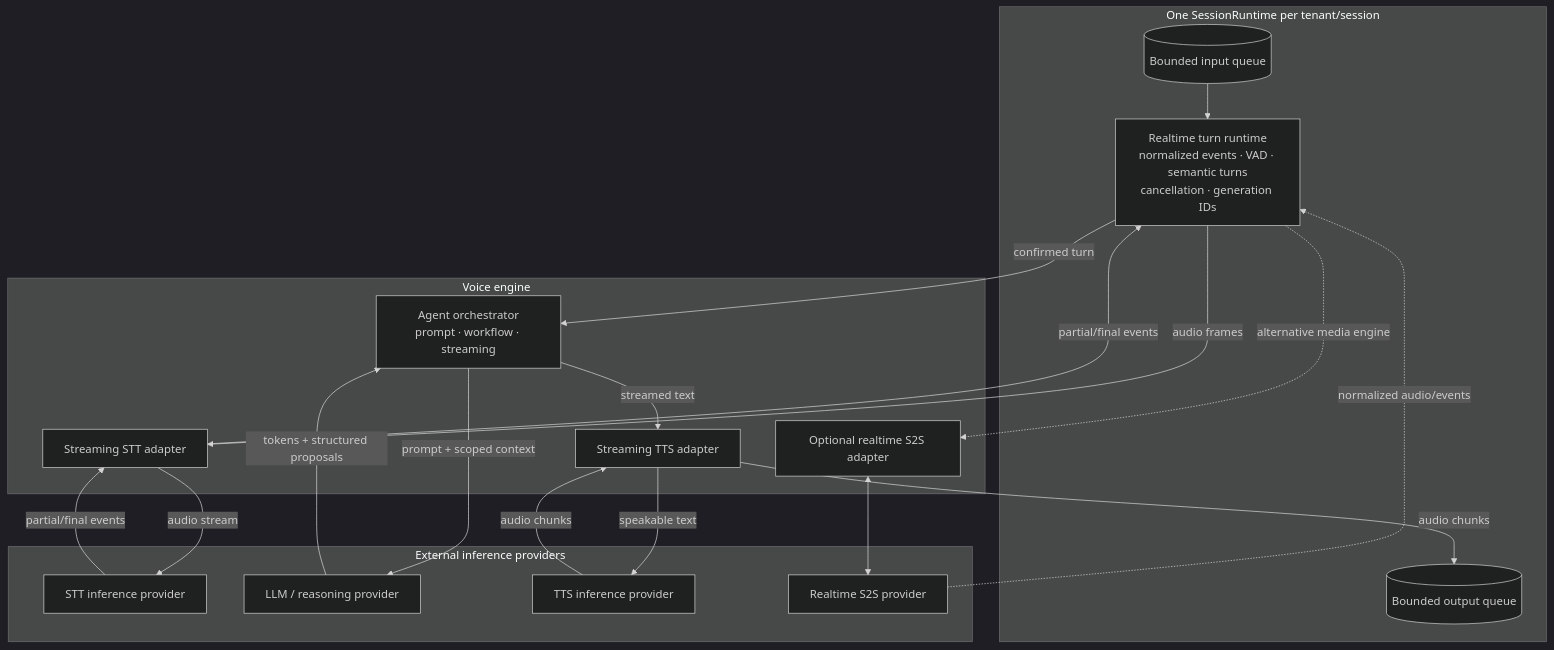
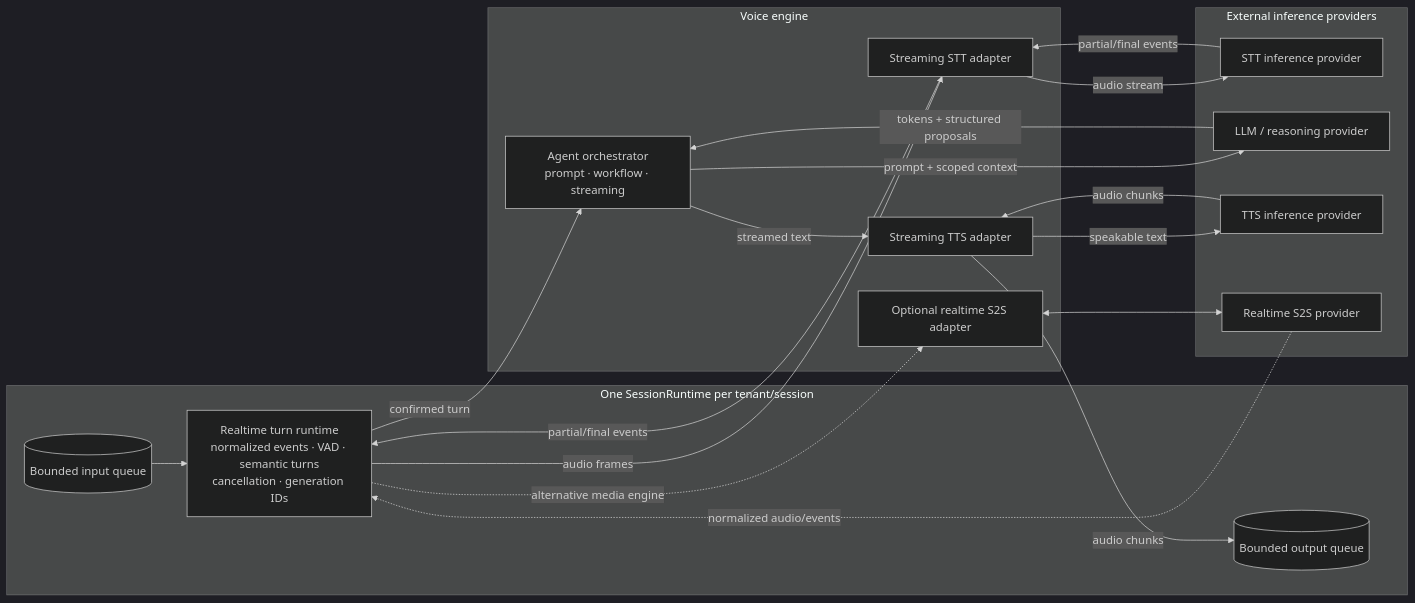
One commit to d-schneid/voice-agents changed the second of 3 diagrams in docs/voice-agent-architecture-print-diagrams.md. Above: the diagram before and after it, drawn with Mermaid (dark theme). The commit also changed other lines of this file, not shown here.

Commit message:
Make print diagrams horizontal

````diff
--- a/docs/voice-agent-architecture-print-diagrams.md
+++ b/docs/voice-agent-architecture-print-diagrams.md
@@ -53,38 +50,38 @@
 ```mermaid
-flowchart TB
+flowchart LR
     subgraph RUNTIME[One SessionRuntime per tenant/session]
         IQ[(Bounded input queue)]
         RT[Realtime turn runtime<br/>normalized events · VAD · semantic turns<br/>cancellation · generation IDs]
         OQ[(Bounded output queue)]
     end
 
     subgraph ENGINE[Voice engine]
         STT[Streaming STT adapter]
         AG[Agent orchestrator<br/>prompt · workflow · streaming]
         TTS[Streaming TTS adapter]
         S2S[Optional realtime S2S adapter]
     end
 
     subgraph PROVIDERS[External inference providers]
         STTP[STT inference provider]
         LLMP[LLM / reasoning provider]
         TTSP[TTS inference provider]
         S2SP[Realtime S2S provider]
     end
 
     IQ --> RT
     RT -->|audio frames| STT
     STT -->|audio stream| STTP
     STTP -->|partial/final events| STT
     STT -->|partial/final events| RT
     RT -->|confirmed turn| AG
     AG -->|prompt + scoped context| LLMP
     LLMP -->|tokens + structured proposals| AG
     AG -->|streamed text| TTS
     TTS -->|speakable text| TTSP
     TTSP -->|audio chunks| TTS
     TTS -->|audio chunks| OQ
     RT -.->|alternative media engine| S2S
     S2S <--> S2SP
     S2SP -.->|normalized audio/events| RT
 ```
````
